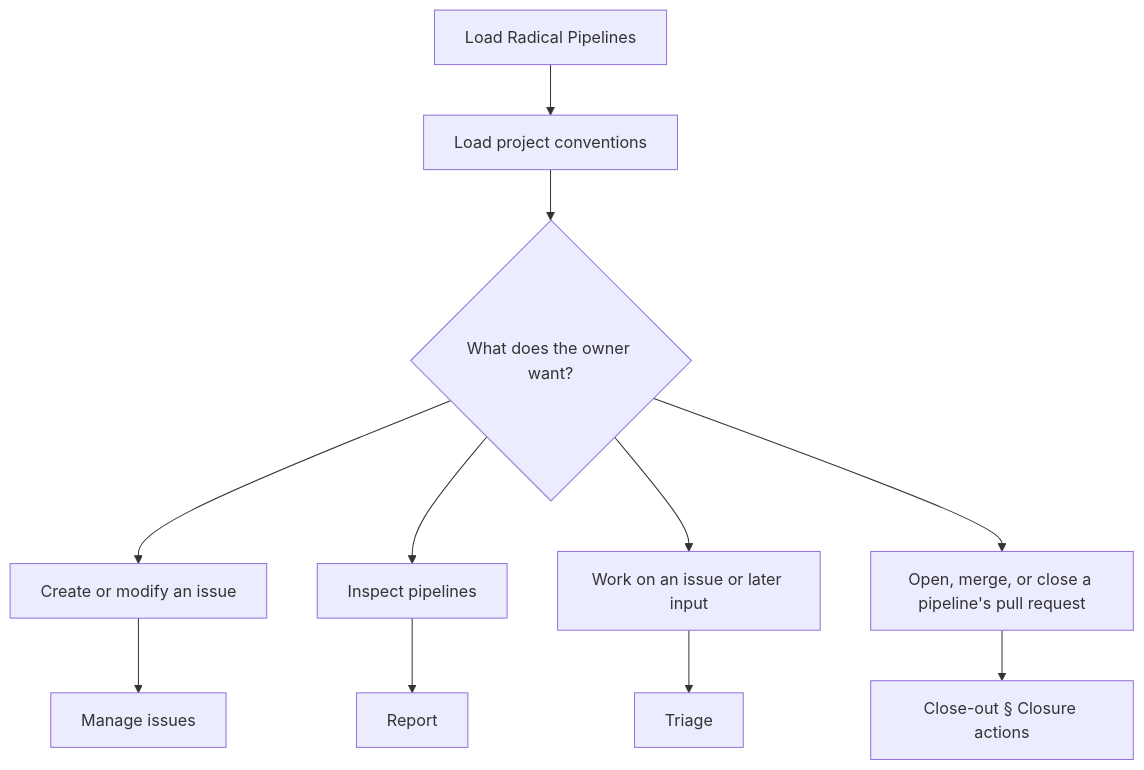
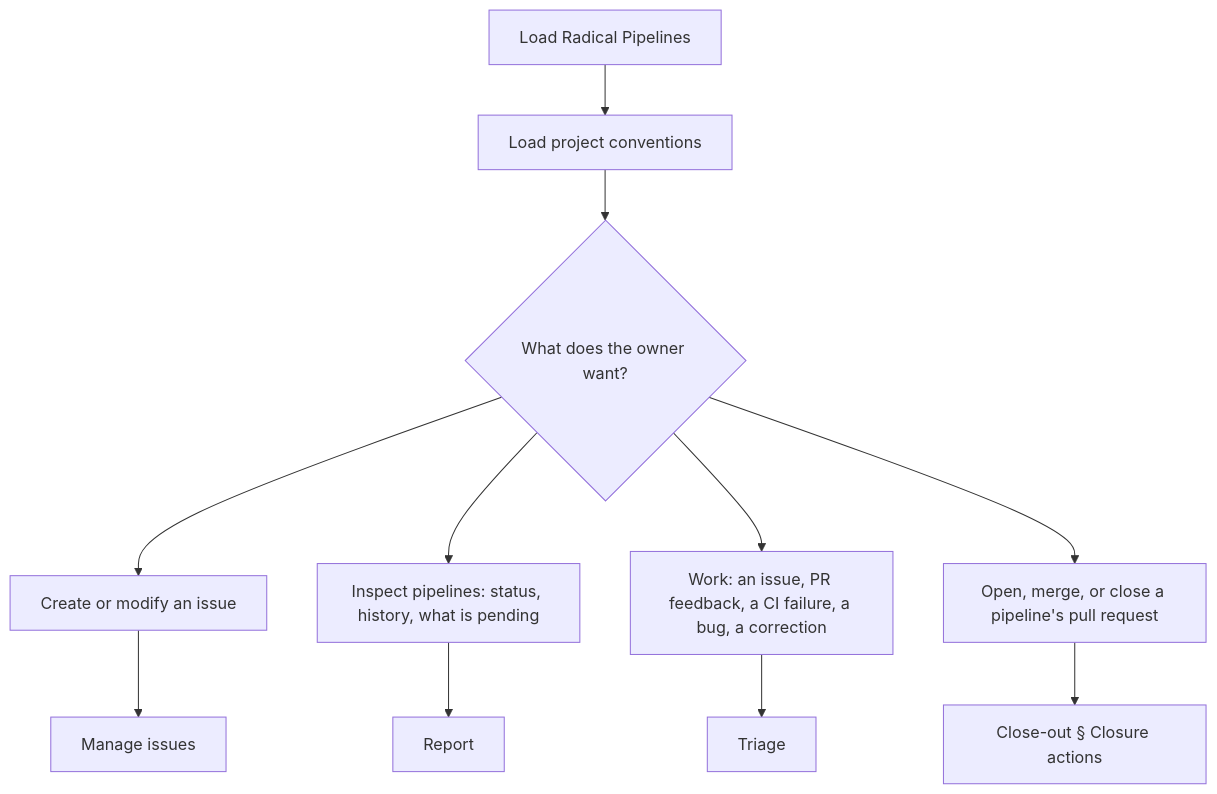
One commit to Automattic/radical-pipelines changed the diagram in docs/flowcharts/entry.md. Above: the diagram before and after it, drawn with Mermaid. The commit also changed 8 other files, not shown here.

Commit message:
Redraw the flowcharts for the v4 loop, threads, and escalation (assisted)

````diff
--- a/docs/flowcharts/entry.md
+++ b/docs/flowcharts/entry.md
@@ -5,13 +5,13 @@
 ```mermaid
 flowchart TD
     A["Load Radical Pipelines"] --> B["Load project conventions"]
     B --> C{"What does the owner want?"}
     C --> D["Create or modify an issue"]
-    C --> E["Inspect pipelines"]
-    C --> F["Work on an issue or later input"]
+    C --> E["Inspect pipelines: status, history, what is pending"]
+    C --> F["Work: an issue, PR feedback, a CI failure, a bug, a correction"]
     C --> M["Open, merge, or close a pipeline's pull request"]
     D --> G["Manage issues"]
     E --> H["Report"]
     F --> I["Triage"]
     M --> N["Close-out § Closure actions"]
 ```
````
